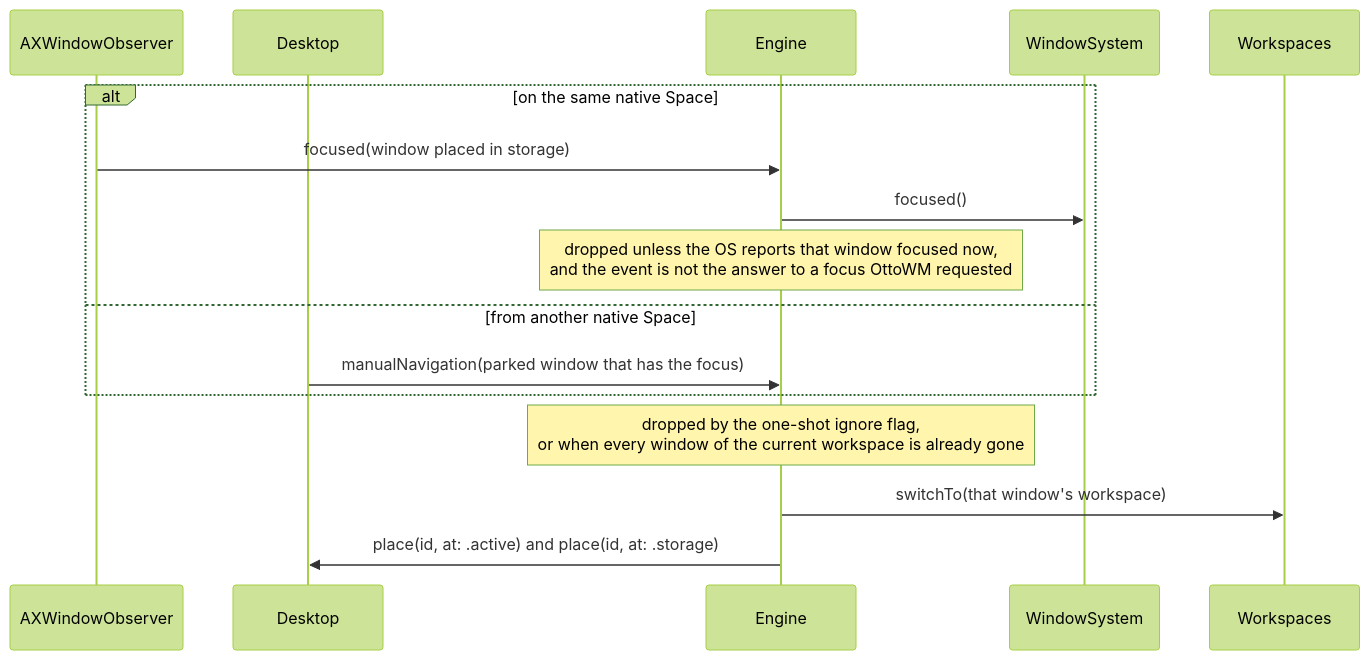
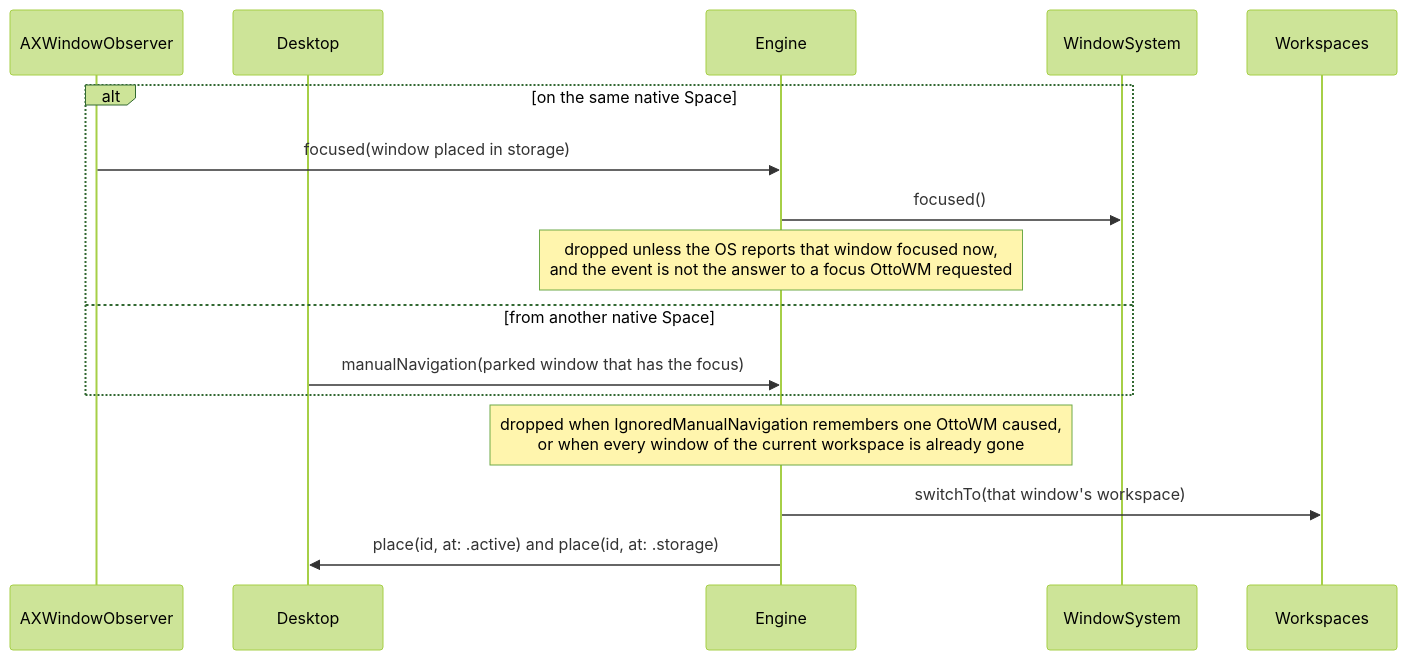
Diagram 11 of 17 in ARCHITECTURE.md (brennovich/ottowm), drawn with Mermaid (forest theme) before and after one commit. The commit also changed other lines of this file and 4 other files, not shown here.

````diff
--- a/ARCHITECTURE.md
+++ b/ARCHITECTURE.md
@@ -218,19 +221,19 @@
 ```mermaid
 sequenceDiagram
     participant AXWindowObserver
     participant Desktop
     participant Engine
     participant WindowSystem
     participant Workspaces
 
     alt on the same native Space
         AXWindowObserver->>Engine: focused(window placed in storage)
         Engine->>WindowSystem: focused()
         Note over Engine: dropped unless the OS reports that window focused now,<br/>and the event is not the answer to a focus OttoWM requested
     else from another native Space
         Desktop->>Engine: manualNavigation(parked window that has the focus)
     end
-    Note over Engine: dropped by the one-shot ignore flag,<br/>or when every window of the current workspace is already gone
+    Note over Engine: dropped when IgnoredManualNavigation remembers one OttoWM caused,<br/>or when every window of the current workspace is already gone
     Engine->>Workspaces: switchTo(that window's workspace)
     Engine->>Desktop: place(id, at: .active) and place(id, at: .storage)
 ```
````
